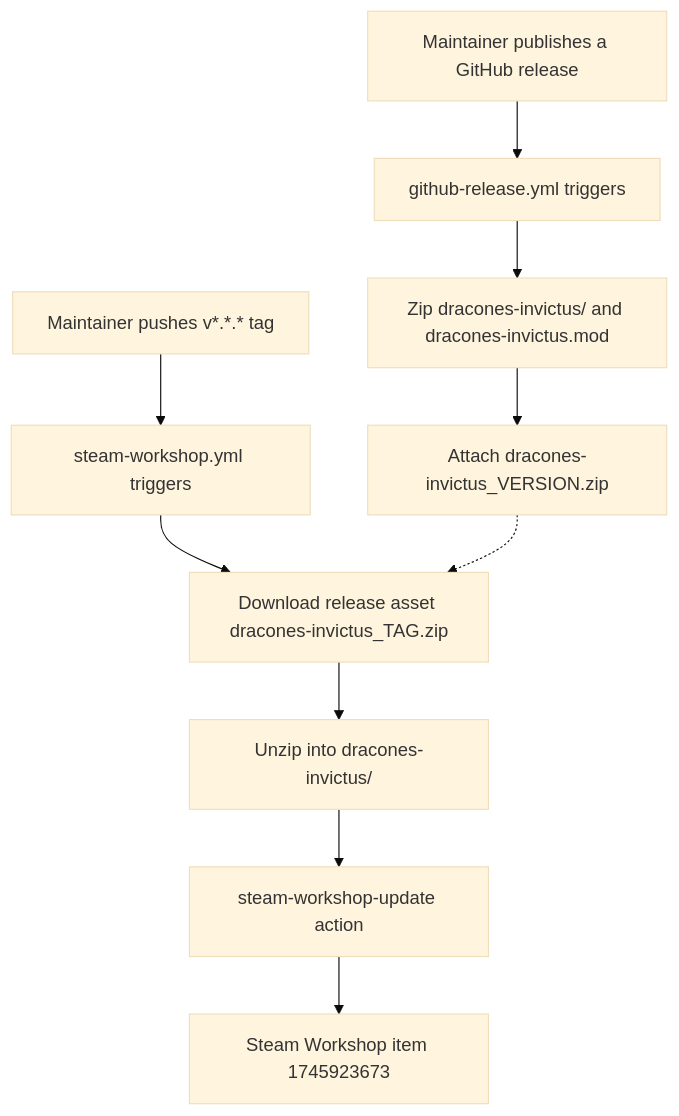
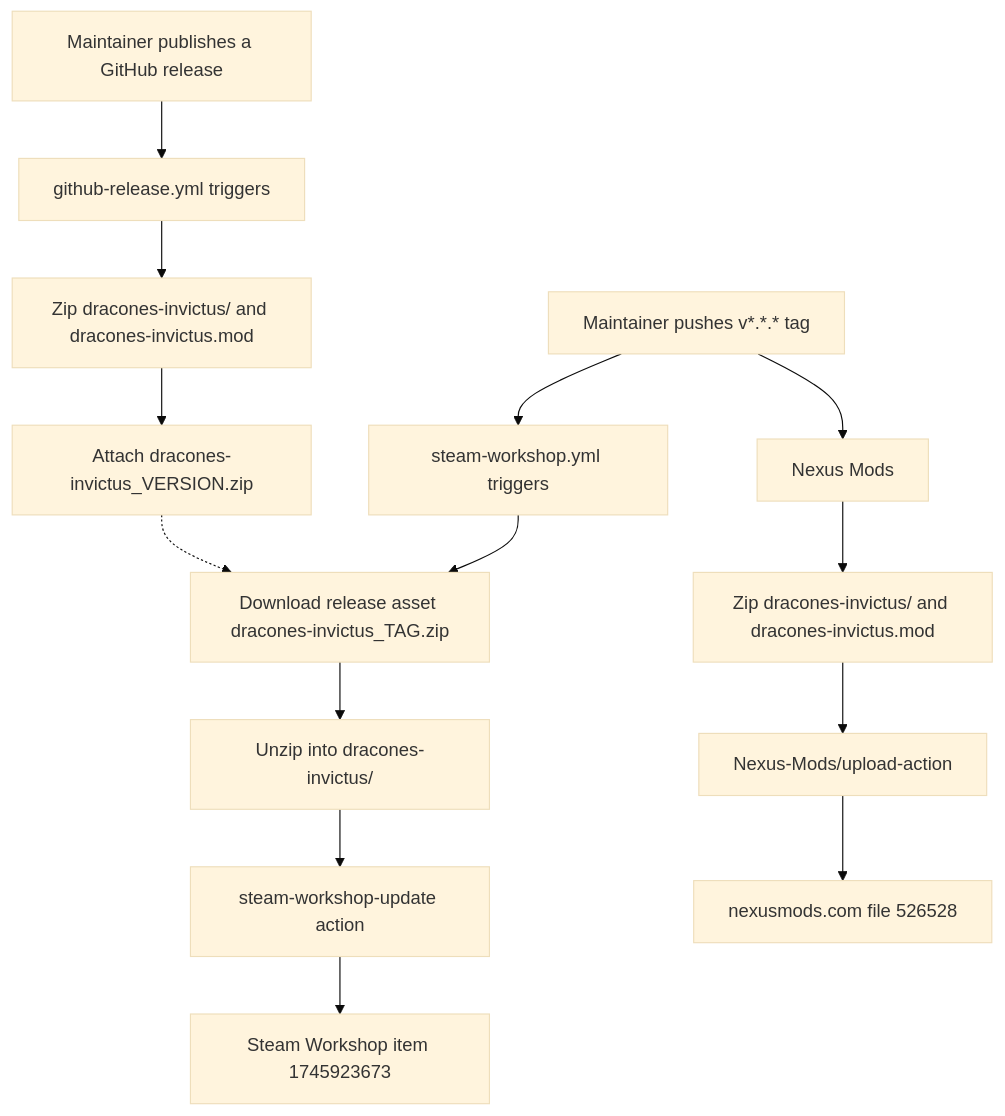
Before and after one commit to hmlendea/imperator-dracones-invictus: the diagram in docs/build-and-deployment.md, drawn with Mermaid (base theme). The commit also changed other lines of this file and 24 other files, not shown here.

Commit message:
ci: Created the Nexus Mods Release workflow

````diff
--- a/docs/build-and-deployment.md
+++ b/docs/build-and-deployment.md
@@ -19,12 +19,16 @@
 ```mermaid
 flowchart TD
     Release[Maintainer publishes a GitHub release] --> Pkg[github-release.yml triggers]
     Pkg --> Zip[Zip dracones-invictus/ and dracones-invictus.mod]
     Zip --> Asset[Attach dracones-invictus_VERSION.zip]
     Tag[Maintainer pushes v*.*.* tag] --> Trigger[steam-workshop.yml triggers]
+    Tag --> Nexus[Nexus Mods]
     Trigger --> Download[Download release asset dracones-invictus_TAG.zip]
     Asset -.-> Download
     Download --> Unzip[Unzip into dracones-invictus/]
     Unzip --> Upload[steam-workshop-update action]
     Upload --> Workshop[Steam Workshop item 1745923673]
+    Nexus --> ZipNexus[Zip dracones-invictus/ and dracones-invictus.mod]
+    ZipNexus --> UploadNexus[Nexus-Mods/upload-action]
+    UploadNexus --> NexusHost[nexusmods.com file 526528]
 ```
````
